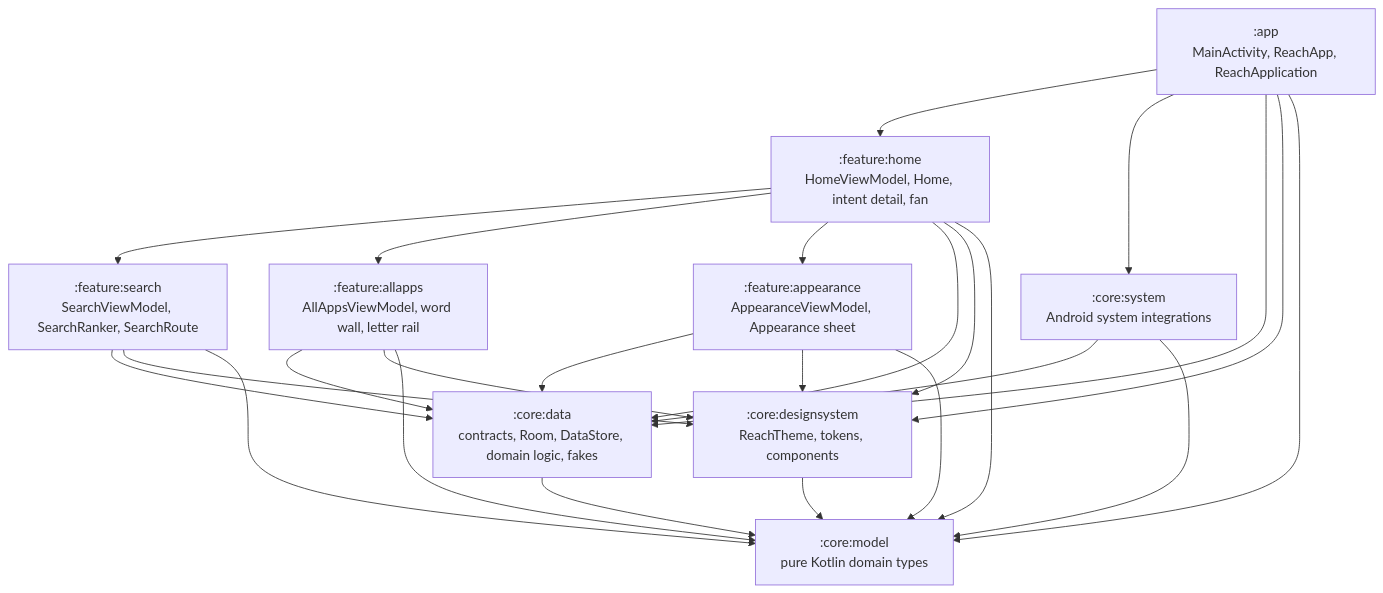
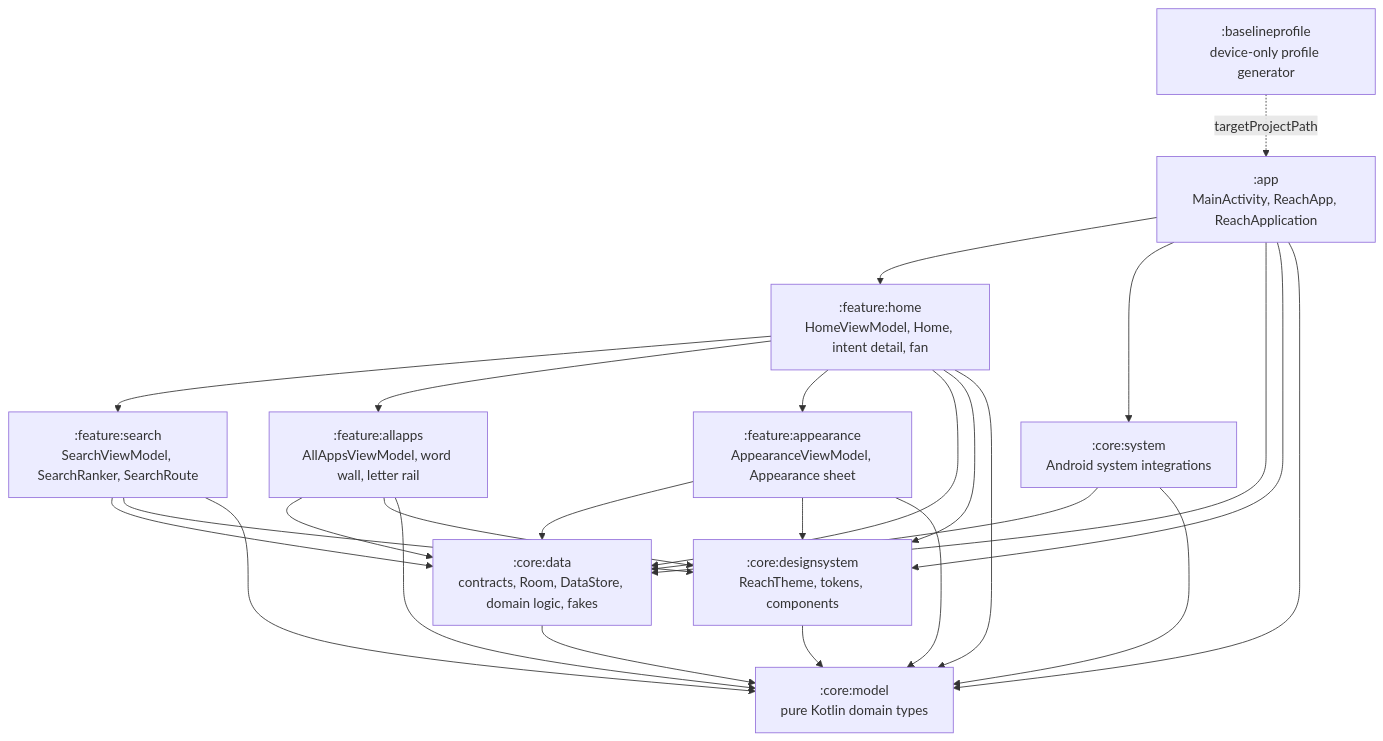
One commit to harundemir918/reachlauncher changed the first of 8 diagrams in docs/ARCHITECTURE.md. Above: the diagram before and after it, drawn with Mermaid. The commit also changed other lines of this file and 66 other files, not shown here.

````diff
--- a/docs/ARCHITECTURE.md
+++ b/docs/ARCHITECTURE.md
@@ -18,37 +17,39 @@
 ```mermaid
 graph TD
     app[":app<br/>MainActivity, ReachApp, ReachApplication"]
     home[":feature:home<br/>HomeViewModel, Home, intent detail, fan"]
     search[":feature:search<br/>SearchViewModel, SearchRanker, SearchRoute"]
     allapps[":feature:allapps<br/>AllAppsViewModel, word wall, letter rail"]
     appearance[":feature:appearance<br/>AppearanceViewModel, Appearance sheet"]
     ds[":core:designsystem<br/>ReachTheme, tokens, components"]
     data[":core:data<br/>contracts, Room, DataStore, domain logic, fakes"]
     system[":core:system<br/>Android system integrations"]
     model[":core:model<br/>pure Kotlin domain types"]
+    bp[":baselineprofile<br/>device-only profile generator"]
 
     app --> home
     app --> system
     app --> data
     app --> ds
     app --> model
     home --> search
     home --> allapps
     home --> appearance
     home --> data
     home --> ds
     home --> model
     search --> data
     search --> ds
     search --> model
     allapps --> data
     allapps --> ds
     allapps --> model
     appearance --> data
     appearance --> ds
     appearance --> model
     system --> data
     system --> model
     data --> model
     ds --> model
+    bp -.->|targetProjectPath| app
 ```
````
